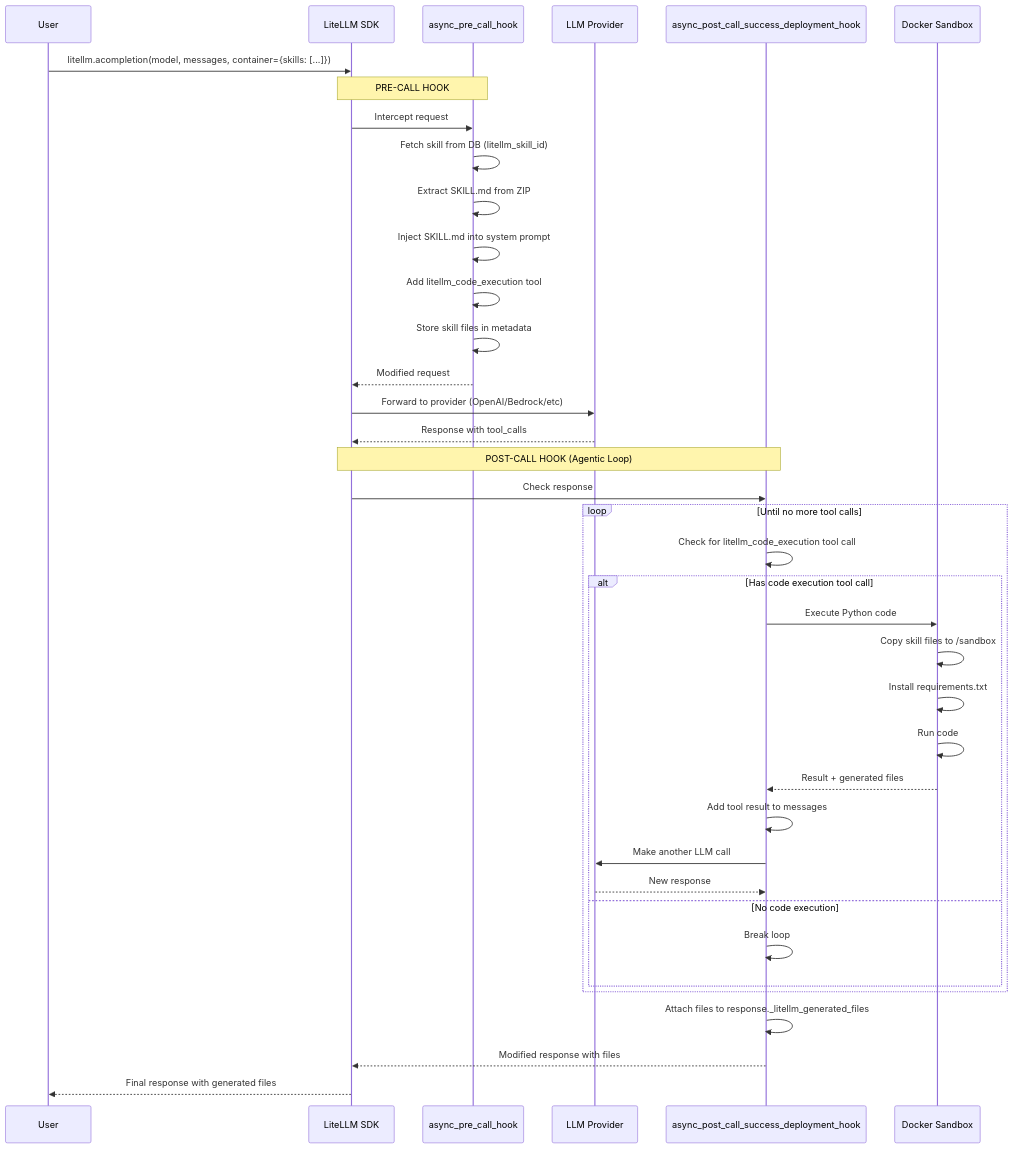
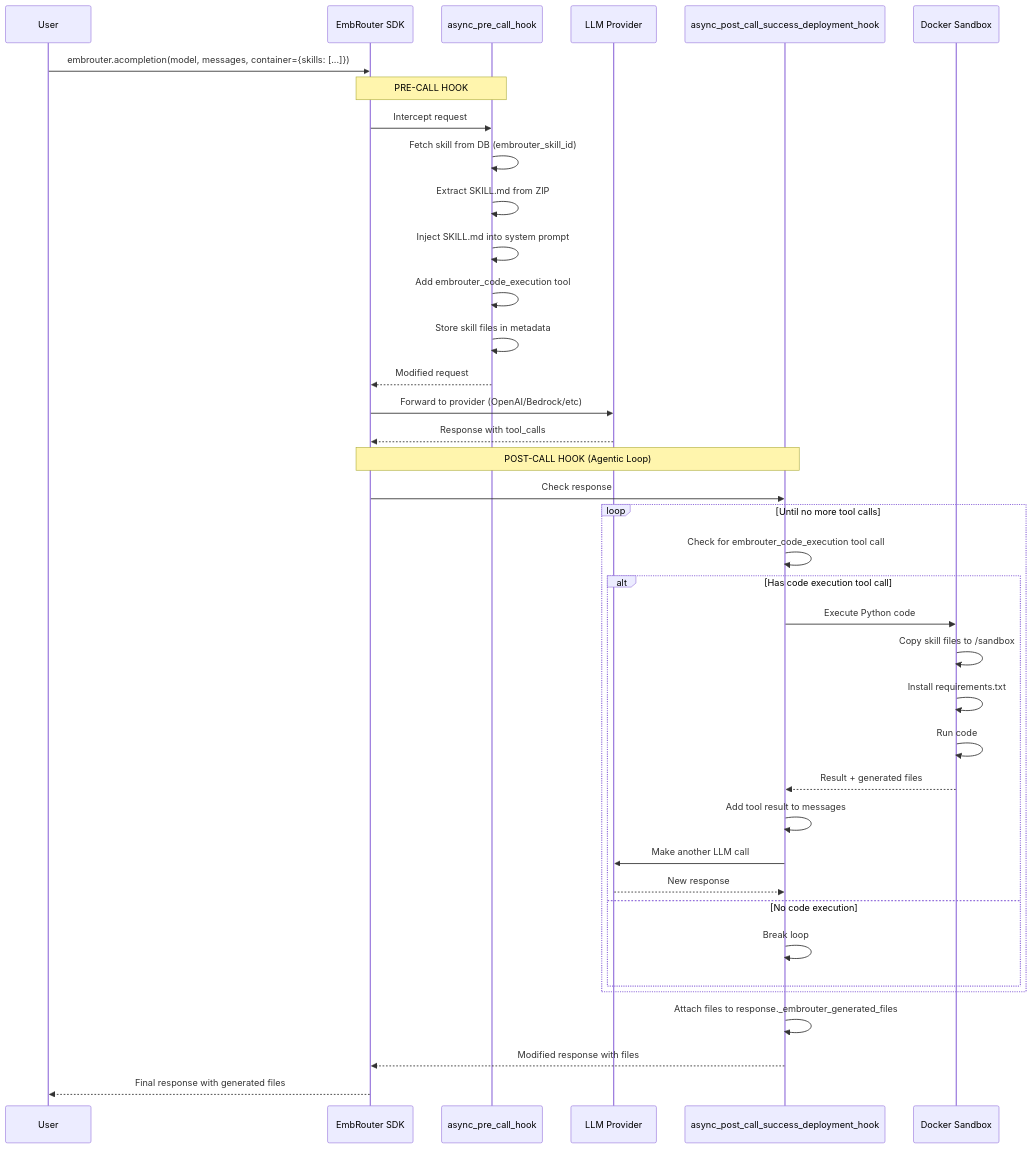
One commit to Issue-03/llm-passage changed the second of 2 diagrams in embrouter/llms/embrouter_proxy/skills/README.md. Above: the diagram before and after it, drawn with Mermaid. The commit also changed other lines of this file and 5078 other files, not shown here.

First line of the commit message:
Phase 3 step 4: rename litellm to embrouter in file contents

````diff
--- a/embrouter/llms/embrouter_proxy/skills/README.md
+++ b/embrouter/llms/embrouter_proxy/skills/README.md
@@ -47,46 +47,46 @@
 ```mermaid
 sequenceDiagram
     participant User
-    participant LiteLLM as LiteLLM SDK
+    participant EmbRouter as EmbRouter SDK
     participant PreHook as async_pre_call_hook
     participant LLM as LLM Provider
     participant PostHook as async_post_call_success_deployment_hook
     participant Sandbox as Docker Sandbox
 
-    User->>LiteLLM: litellm.acompletion(model, messages, container={skills: [...]})
+    User->>EmbRouter: embrouter.acompletion(model, messages, container={skills: [...]})
     
-    Note over LiteLLM,PreHook: PRE-CALL HOOK
-    LiteLLM->>PreHook: Intercept request
-    PreHook->>PreHook: Fetch skill from DB (litellm_skill_id)
+    Note over EmbRouter,PreHook: PRE-CALL HOOK
+    EmbRouter->>PreHook: Intercept request
+    PreHook->>PreHook: Fetch skill from DB (embrouter_skill_id)
     PreHook->>PreHook: Extract SKILL.md from ZIP
     PreHook->>PreHook: Inject SKILL.md into system prompt
-    PreHook->>PreHook: Add litellm_code_execution tool
+    PreHook->>PreHook: Add embrouter_code_execution tool
     PreHook->>PreHook: Store skill files in metadata
-    PreHook-->>LiteLLM: Modified request
+    PreHook-->>EmbRouter: Modified request
     
-    LiteLLM->>LLM: Forward to provider (OpenAI/Bedrock/etc)
-    LLM-->>LiteLLM: Response with tool_calls
+    EmbRouter->>LLM: Forward to provider (OpenAI/Bedrock/etc)
+    LLM-->>EmbRouter: Response with tool_calls
     
-    Note over LiteLLM,PostHook: POST-CALL HOOK (Agentic Loop)
-    LiteLLM->>PostHook: Check response
+    Note over EmbRouter,PostHook: POST-CALL HOOK (Agentic Loop)
+    EmbRouter->>PostHook: Check response
     
     loop Until no more tool calls
-        PostHook->>PostHook: Check for litellm_code_execution tool call
+        PostHook->>PostHook: Check for embrouter_code_execution tool call
         alt Has code execution tool call
             PostHook->>Sandbox: Execute Python code
             Sandbox->>Sandbox: Copy skill files to /sandbox
             Sandbox->>Sandbox: Install requirements.txt
             Sandbox->>Sandbox: Run code
             Sandbox-->>PostHook: Result + generated files
             PostHook->>PostHook: Add tool result to messages
             PostHook->>LLM: Make another LLM call
             LLM-->>PostHook: New response
         else No code execution
             PostHook->>PostHook: Break loop
         end
     end
     
-    PostHook->>PostHook: Attach files to response._litellm_generated_files
-    PostHook-->>LiteLLM: Modified response with files
-    LiteLLM-->>User: Final response with generated files
+    PostHook->>PostHook: Attach files to response._embrouter_generated_files
+    PostHook-->>EmbRouter: Modified response with files
+    EmbRouter-->>User: Final response with generated files
 ```
````
